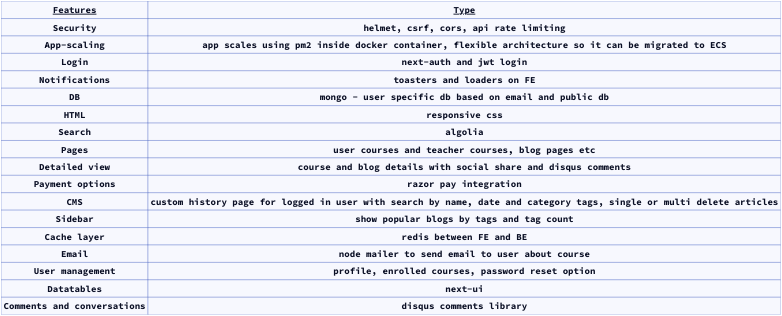
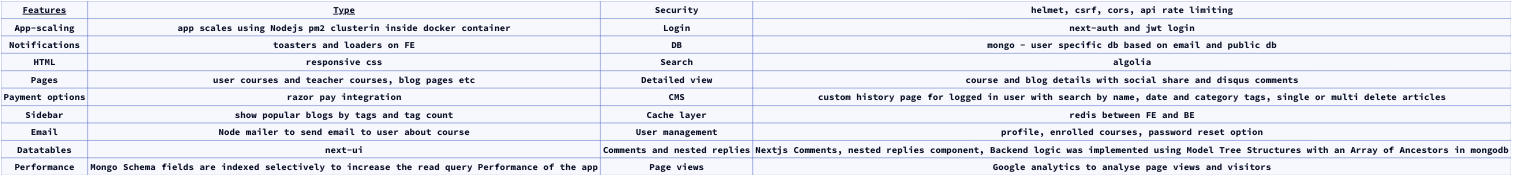
Before and after one commit to whatsnxt-org/whatsnxt-app-architecture: the diagram in features.d2, drawn with D2. The commit also changed 3 other files, not shown here.

```diff
--- a/features.d2
+++ b/features.d2
@@ -1,70 +1,76 @@
 # Specified so that objects are written in row-dominant order
-grid-rows: 2
-grid-columns: 2
+grid-rows: 4
+grid-columns: 4
 grid-gap: 0
 
 classes: {
   header: {
     style.underline: true
   }
 }
 
 Features.class: header
 Type.class: header
 
 Security
 helmet, csrf, cors, api rate limiting
 
 App-scaling
-app scales using pm2 inside docker container, flexible architecture so it can be migrated to ECS
+app scales using Nodejs pm2 clusterin inside docker container
 
 Login
 next-auth and jwt login
 
 Notifications
 toasters and loaders on FE
 
 DB
 mongo - user specific db based on email and public db
 
 HTML
 responsive css
 
 Search
 algolia
 
 Pages
 user courses and teacher courses, blog pages etc
 
 Detailed view
 course and blog details with social share and disqus comments
 
 Payment options
 razor pay integration
 
 CMS
 custom history page for logged in user with search by name, date and category tags, single or multi delete articles
 
 Sidebar
 show popular blogs by tags and tag count
 
 Cache layer
 redis between FE and BE
 
 Email
-node mailer to send email to user about course
+Node mailer to send email to user about course
 
 User management
 profile, enrolled courses, password reset option
 
 Datatables
 next-ui
 
-Comments and conversations
-disqus comments library
+Comments and nested replies
+Nextjs Comments, nested replies component, Backend logic was implemented using Model Tree Structures with an Array of Ancestors in mongodb
+
+Performance
+Mongo Schema fields are indexed selectively to increase the read query Performance of the app
+
+Page views
+Google analytics to analyse page views and visitors
 
 
 *: {
   style.font-size: 70
   style.font: mono
 }
```
